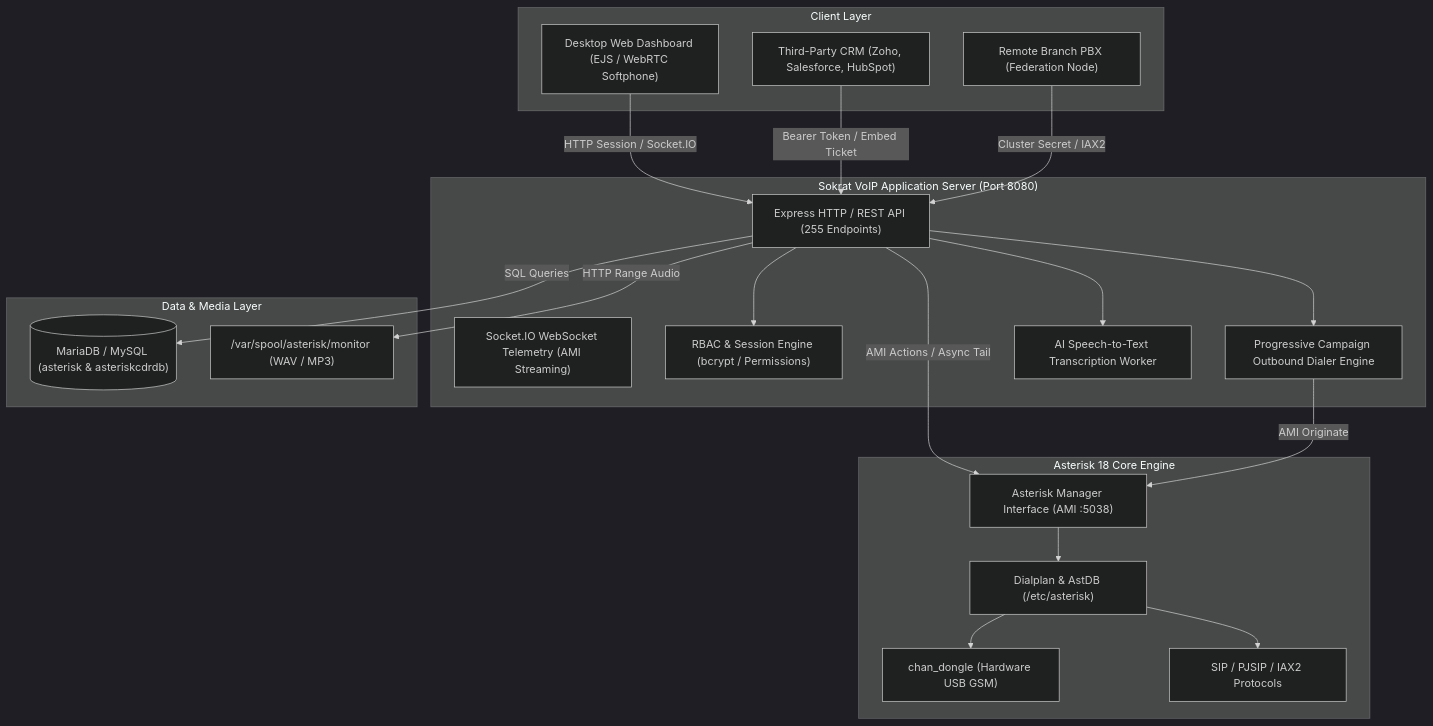
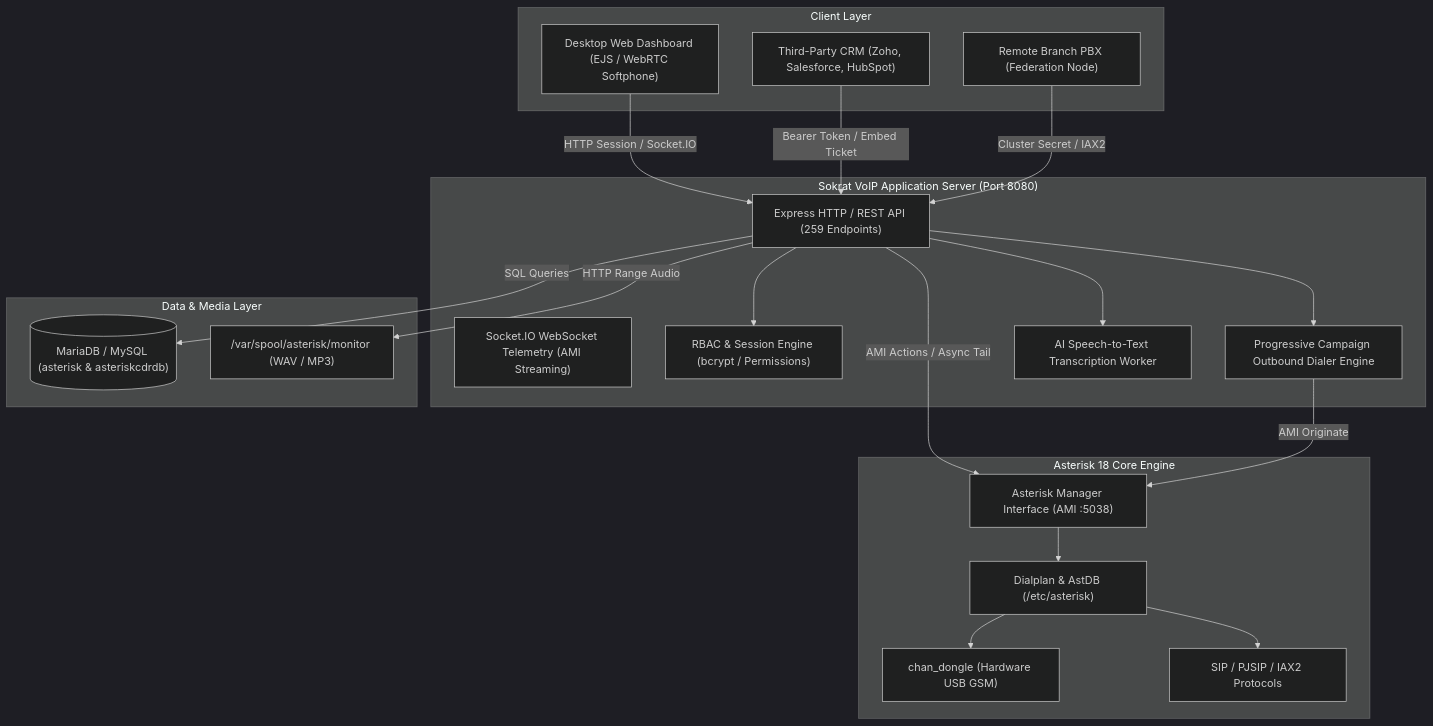
One commit to Ahmed-Emad02/sokrat-voip-dev changed the diagram in API_DOCUMENTATION.md. Above: the diagram before and after it, drawn with Mermaid (dark theme). The commit also changed other lines of this file and 4 other files, not shown here.

Commit message:
feat(api): add open endpoints for single call record and phone number call history

````diff
--- a/API_DOCUMENTATION.md
+++ b/API_DOCUMENTATION.md
@@ -21,38 +21,38 @@
 ```mermaid
 graph TB
     subgraph Clients["Client Layer"]
         WebUI["Desktop Web Dashboard (EJS / WebRTC Softphone)"]
         CRM["Third-Party CRM (Zoho, Salesforce, HubSpot)"]
         Branch["Remote Branch PBX (Federation Node)"]
     end
     subgraph Sokrat["Sokrat VoIP Application Server (Port 8080)"]
-        Express["Express HTTP / REST API (255 Endpoints)"]
+        Express["Express HTTP / REST API (259 Endpoints)"]
         SocketIO["Socket.IO WebSocket Telemetry (AMI Streaming)"]
         AuthRBAC["RBAC & Session Engine (bcrypt / Permissions)"]
         DialerEngine["Progressive Campaign Outbound Dialer Engine"]
         STTEngine["AI Speech-to-Text Transcription Worker"]
     end
     subgraph PBX["Asterisk 18 Core Engine"]
         AMI["Asterisk Manager Interface (AMI :5038)"]
         Dialplan["Dialplan & AstDB (/etc/asterisk)"]
         ChanDongle["chan_dongle (Hardware USB GSM)"]
         SIP_PJSIP["SIP / PJSIP / IAX2 Protocols"]
     end
     subgraph Storage["Data & Media Layer"]
         MySQL[("MariaDB / MySQL (asterisk & asteriskcdrdb)")]
         SpoolAudio["/var/spool/asterisk/monitor (WAV / MP3)"]
     end
     WebUI -->|HTTP Session / Socket.IO| Express
     CRM -->|Bearer Token / Embed Ticket| Express
     Branch -->|Cluster Secret / IAX2| Express
     Express --> AuthRBAC
     Express --> DialerEngine
     Express --> STTEngine
     Express -->|AMI Actions / Async Tail| AMI
     Express -->|SQL Queries| MySQL
     Express -->|HTTP Range Audio| SpoolAudio
     DialerEngine -->|AMI Originate| AMI
     AMI --> Dialplan
     Dialplan --> ChanDongle
     Dialplan --> SIP_PJSIP
 ```
````
